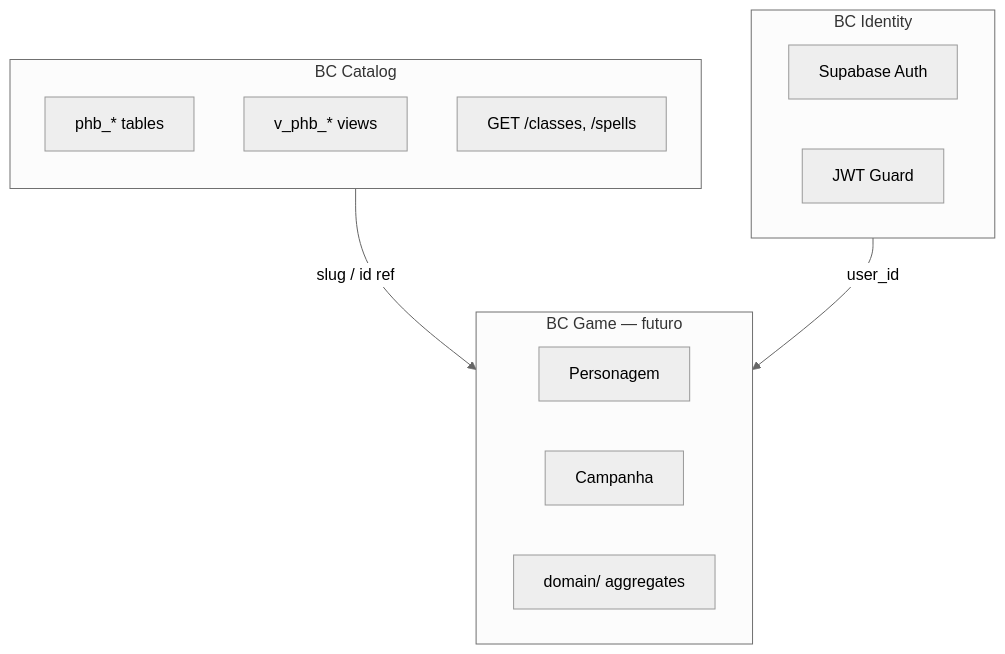
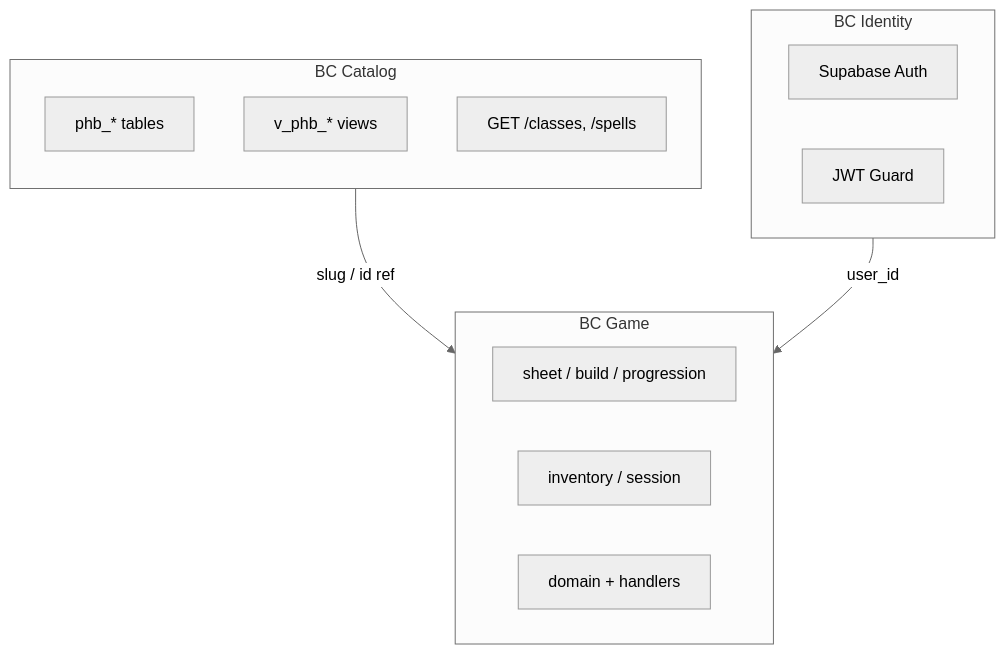
One commit to Lucas-PB1/dnd-back changed the first of 2 diagrams in docs/architecture.md. Above: the diagram before and after it, drawn with Mermaid (neutral theme). The commit also changed other lines of this file and 22 other files, not shown here.

First line of the commit message:
Refactor game domain structure and enhance API contract

````diff
--- a/docs/architecture.md
+++ b/docs/architecture.md
@@ -19,23 +19,23 @@
 ```mermaid
 flowchart TB
   subgraph catalog [BC Catalog]
     direction TB
     C1[phb_* tables]
     C2[v_phb_* views]
     C3["GET /classes, /spells"]
   end
 
   subgraph identity [BC Identity]
     I1[Supabase Auth]
     I2[JWT Guard]
   end
 
-  subgraph game [BC Game — futuro]
-    G1[Personagem]
-    G2[Campanha]
-    G3[domain/ aggregates]
+  subgraph game [BC Game]
+    G1[sheet / build / progression]
+    G2[inventory / session]
+    G3[domain + handlers]
   end
 
   catalog -->|"slug / id ref"| game
   identity -->|user_id| game
 ```
````
